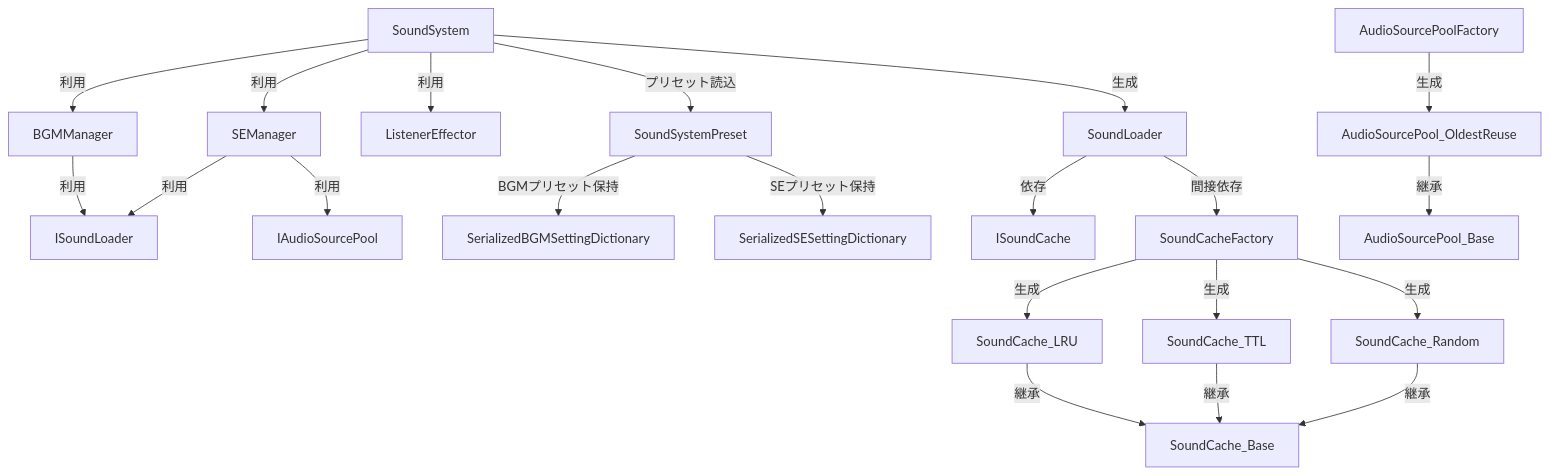
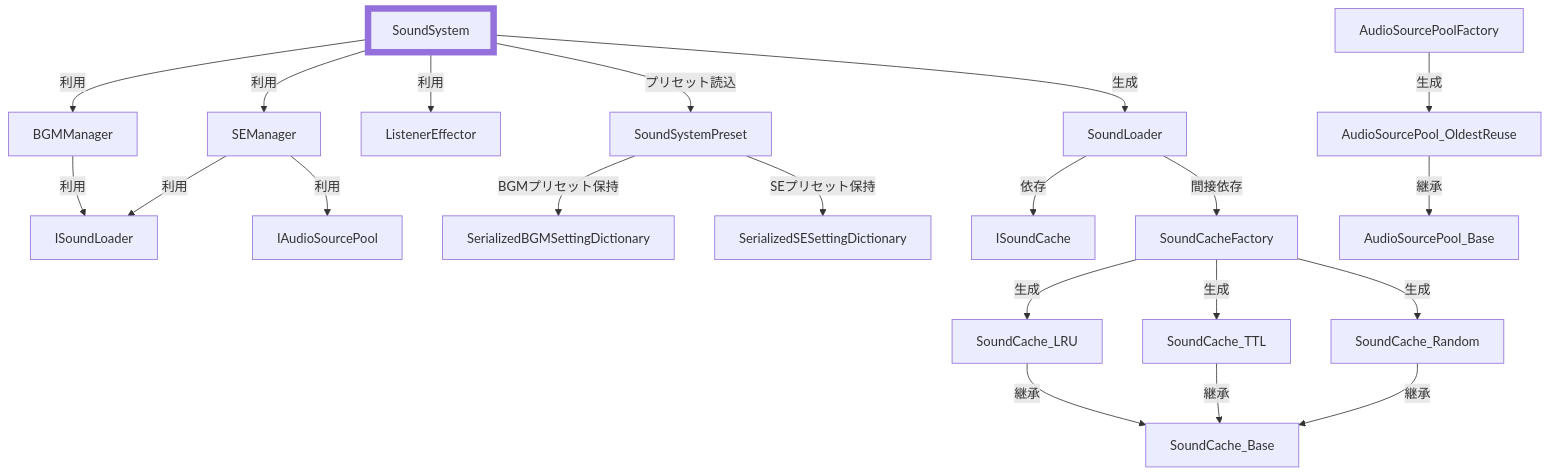
One commit to SunagimoOisii/SoundSystemPlugin_ForUnity_Public changed the diagram in README.md. Above: the diagram before and after it, drawn with Mermaid.

````diff
--- a/README.md
+++ b/README.md
@@ -22,55 +22,56 @@
 ```mermaid
 graph
 
 %% 外部公開API
-SoundSystem
+classDef highlight stroke-width:8px
+SoundSystem:::highlight
 SoundSystemPreset
 SerializedBGMSettingDictionary
 SerializedSESettingDictionary
 
 %% プレイヤー管理
 BGMManager
 SEManager
 ListenerEffector
 
 %% ローダ・キャッシュ
 ISoundLoader
 SoundLoader
 ISoundCache
 SoundCache_Base
 SoundCache_LRU
 SoundCache_TTL
 SoundCache_Random
 SoundCacheFactory
 
 %% AudioSourcePool関連
 IAudioSourcePool
 AudioSourcePool_Base
 AudioSourcePool_OldestReuse
 AudioSourcePoolFactory
 
 %% 関係定義
 SoundSystem -->|利用| BGMManager
 SoundSystem -->|利用| SEManager
 SoundSystem -->|利用| ListenerEffector
 SoundSystem -->|プリセット読込| SoundSystemPreset
 SoundSystem -->|生成| SoundLoader
 SoundLoader -->|依存| ISoundCache
 SoundLoader -->|間接依存| SoundCacheFactory
 BGMManager -->|利用| ISoundLoader
 SEManager -->|利用| ISoundLoader
 SEManager -->|利用| IAudioSourcePool
 
 SoundCacheFactory -->|生成| SoundCache_LRU
 SoundCacheFactory -->|生成| SoundCache_TTL
 SoundCacheFactory -->|生成| SoundCache_Random
 SoundCache_LRU -->|継承| SoundCache_Base
 SoundCache_TTL -->|継承| SoundCache_Base
 SoundCache_Random -->|継承| SoundCache_Base
 
 AudioSourcePoolFactory -->|生成| AudioSourcePool_OldestReuse
 AudioSourcePool_OldestReuse -->|継承| AudioSourcePool_Base
 
 SoundSystemPreset -->|BGMプリセット保持| SerializedBGMSettingDictionary
 SoundSystemPreset -->|SEプリセット保持| SerializedSESettingDictionary
 ```
````
